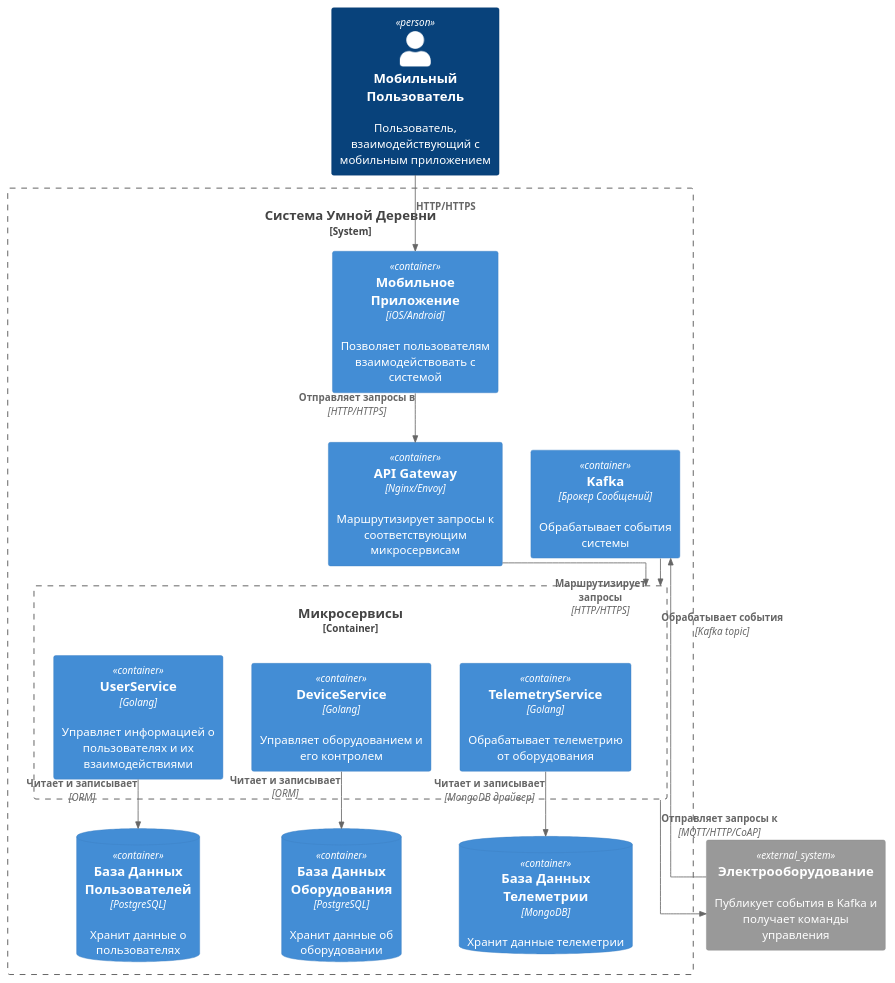
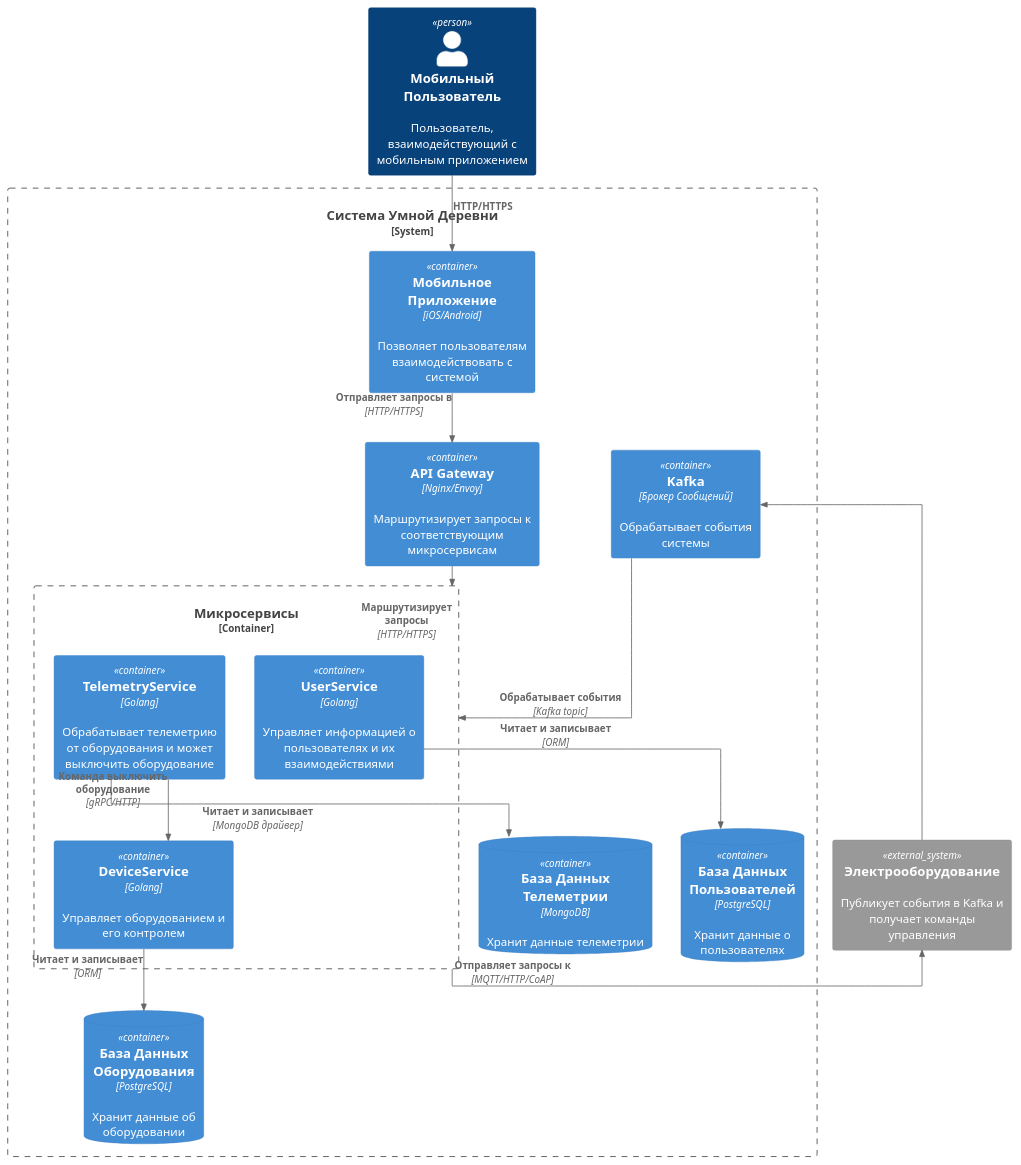
The diagram in smart-home-monolith/diagrams/container/Container_CleverVillageSystem.puml (baydinvladislav/architecture-sprint-3), drawn with PlantUML before and after one commit.

Commit message:
с4 container

```diff
--- a/smart-home-monolith/diagrams/container/Container_CleverVillageSystem.puml
+++ b/smart-home-monolith/diagrams/container/Container_CleverVillageSystem.puml
@@ -1,40 +1,41 @@
 @startuml
 !include <C4/C4_Container>
 
 skinparam linetype ortho
 
 Person(mobile_user, "Мобильный Пользователь", "Пользователь, взаимодействующий с мобильным приложением")
 
 System_Boundary(b_system, "Система Умной Деревни") {
     Container(mobile_app, "Мобильное Приложение", "iOS/Android", "Позволяет пользователям взаимодействовать с системой")
     Container(api_gateway, "API Gateway", "Nginx/Envoy", "Маршрутизирует запросы к соответствующим микросервисам")
 
     Container_Boundary(services, "Микросервисы") {
         Container(user_service, "UserService", "Golang", "Управляет информацией о пользователях и их взаимодействиями")
         Container(device_service, "DeviceService", "Golang", "Управляет оборудованием и его контролем")
-        Container(telemetry_service, "TelemetryService", "Golang", "Обрабатывает телеметрию от оборудования")
+        Container(telemetry_service, "TelemetryService", "Golang", "Обрабатывает телеметрию от оборудования и может выключить оборудование")
     }
 
     ContainerDb(user_db, "База Данных Пользователей", "PostgreSQL", "Хранит данные о пользователях")
     ContainerDb(equipment_db, "База Данных Оборудования", "PostgreSQL", "Хранит данные об оборудовании")
     ContainerDb(telemetry_db, "База Данных Телеметрии", "MongoDB", "Хранит данные телеметрии")
 
     Container(kafka, "Kafka", "Брокер Сообщений", "Обрабатывает события системы")
 }
 
 System_Ext(external_system, "Электрооборудование", "Публикует события в Kafka и получает команды управления")
 
 Rel(mobile_user, mobile_app, "HTTP/HTTPS")
 Rel(mobile_app, api_gateway, "Отправляет запросы в", "HTTP/HTTPS")
 Rel_D(api_gateway, services, "Маршрутизирует запросы", "HTTP/HTTPS")
 
 Rel(user_service, user_db, "Читает и записывает", "ORM")
 Rel(device_service, equipment_db, "Читает и записывает", "ORM")
 Rel(telemetry_service, telemetry_db, "Читает и записывает", "MongoDB драйвер")
 
 Rel(external_system, kafka, " ")
 Rel(kafka, services, "Обрабатывает события", "Kafka topic")
 
 Rel(services, external_system, "Отправляет запросы к", "MQTT/HTTP/CoAP")
 
+Rel(telemetry_service, device_service, "Команда выключить оборудование", "gRPC/HTTP")
 @enduml
```
